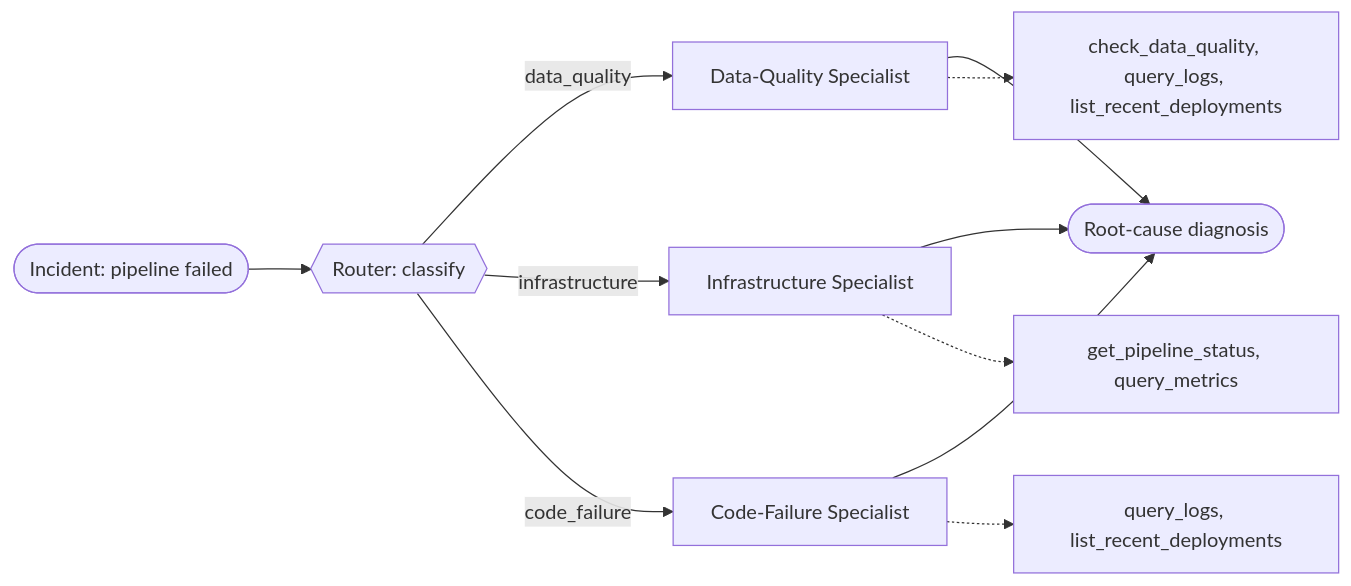
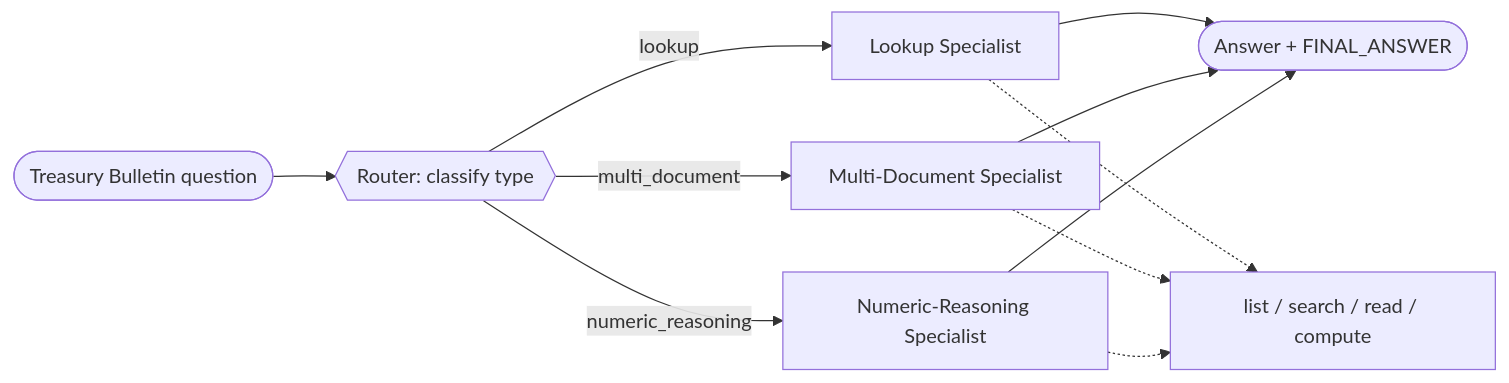
One commit to jtaylorisbell/agentic-facets changed the diagram in recipes/02_routed_workflow/diagram.mmd. Above: the diagram before and after it, drawn with Mermaid. The commit also changed 51 other files, not shown here.

```diff
--- a/recipes/02_routed_workflow/diagram.mmd
+++ b/recipes/02_routed_workflow/diagram.mmd
@@ -1,12 +1,12 @@
 flowchart LR
-    In([Incident: pipeline failed]) --> C{{Router: classify}}
-    C -->|data_quality| DQ[Data-Quality Specialist]
-    C -->|infrastructure| IN[Infrastructure Specialist]
-    C -->|code_failure| CF[Code-Failure Specialist]
-    DQ --> Out([Root-cause diagnosis])
-    IN --> Out
-    CF --> Out
+    Q([Treasury Bulletin question]) --> C{{Router: classify type}}
+    C -->|lookup| LK[Lookup Specialist]
+    C -->|multi_document| MD[Multi-Document Specialist]
+    C -->|numeric_reasoning| NR[Numeric-Reasoning Specialist]
+    LK --> Out([Answer + FINAL_ANSWER])
+    MD --> Out
+    NR --> Out
 
-    DQ -.-> dqt[check_data_quality, query_logs, list_recent_deployments]
-    IN -.-> int[get_pipeline_status, query_metrics]
-    CF -.-> cft[query_logs, list_recent_deployments]
+    LK -.-> t[list / search / read / compute]
+    MD -.-> t
+    NR -.-> t
```
